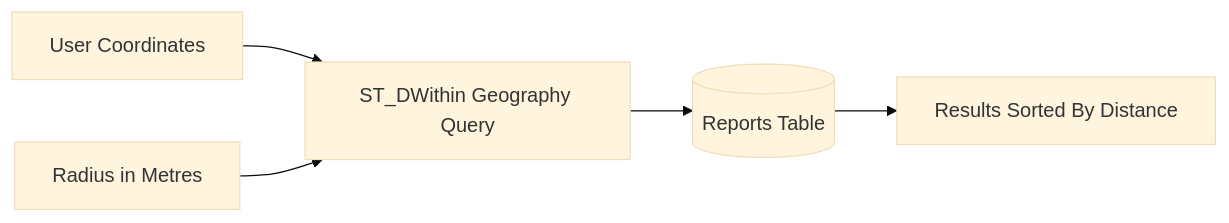
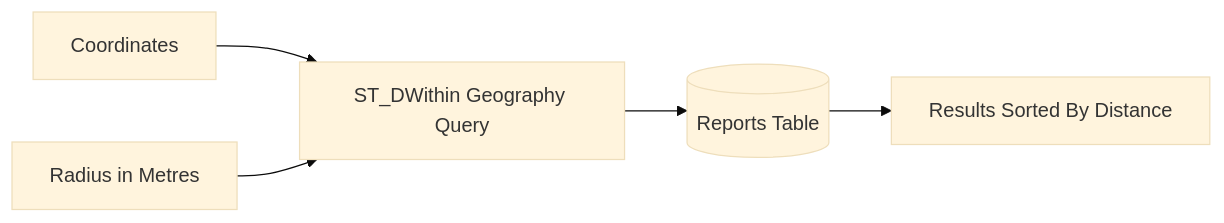
Before and after one commit to OmkarDongre7772/SnapFix-Backend: the sixth of 10 diagrams in README.md, drawn with Mermaid (base theme). The commit also changed other lines of this file and 29 other files, not shown here.

````diff
--- a/README.md
+++ b/README.md
@@ -229,16 +291,16 @@
 ```mermaid
 flowchart LR
 
-    UserLocation[User Coordinates]
+    UserLocation[Coordinates]
     Radius[Radius in Metres]
     Reports[(Reports Table)]
 
     UserLocation --> Query
     Radius --> Query
 
     Query[ST_DWithin Geography Query]
 
     Query --> Reports
 
     Reports --> Sorted[Results Sorted By Distance]
 ```
````
